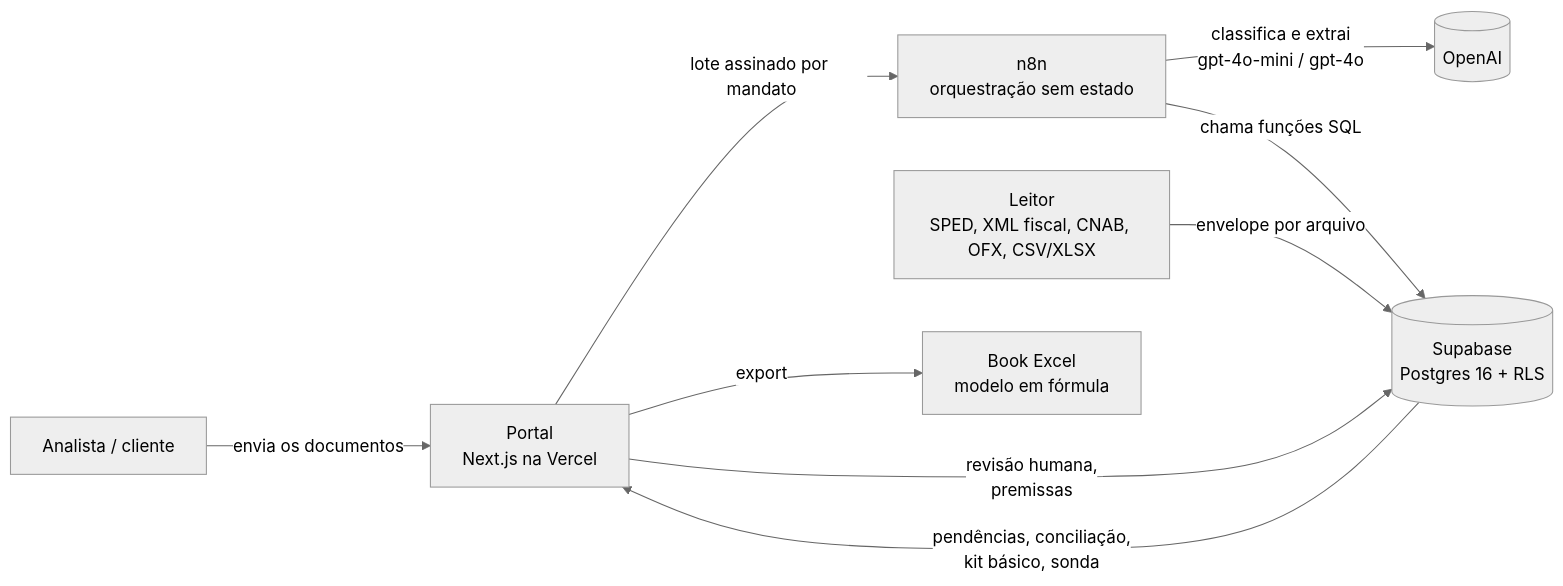
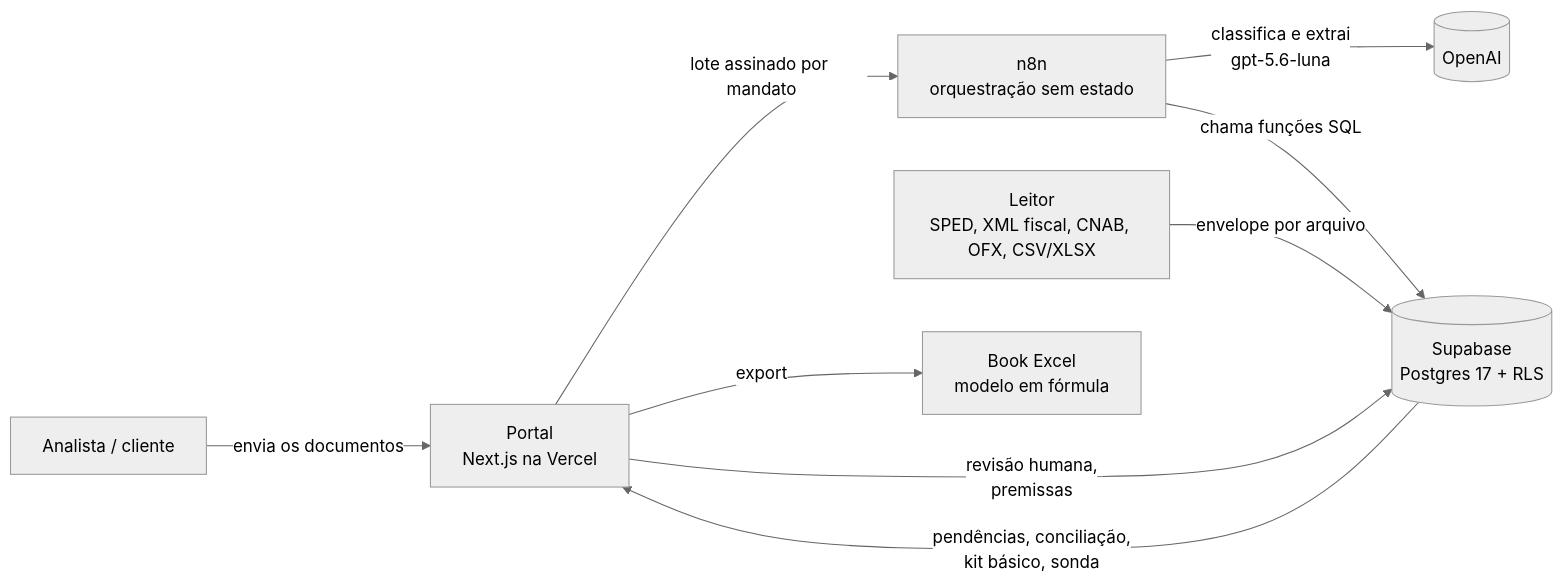
Before and after one commit to rodrigovaroto-wq/Oria-Digital: the diagram in README.md, drawn with Mermaid (neutral theme). The commit also changed other lines of this file and 3 other files, not shown here.

````diff
--- a/README.md
+++ b/README.md
@@ -18,11 +18,11 @@
 ```mermaid
 flowchart LR
     A[Analista / cliente] -->|envia os documentos| P[Portal<br/>Next.js na Vercel]
     P -->|lote assinado por mandato| N[n8n<br/>orquestração sem estado]
-    N -->|classifica e extrai<br/>gpt-4o-mini / gpt-4o| IA[(OpenAI)]
-    N -->|chama funções SQL| DB[(Supabase<br/>Postgres 16 + RLS)]
+    N -->|classifica e extrai<br/>gpt-5.6-luna| IA[(OpenAI)]
+    N -->|chama funções SQL| DB[(Supabase<br/>Postgres 17 + RLS)]
     L[Leitor<br/>SPED, XML fiscal, CNAB, OFX, CSV/XLSX] -->|envelope por arquivo| DB
     DB -->|pendências, conciliação,<br/>kit básico, sonda| P
     P -->|revisão humana,<br/>premissas| DB
     P -->|export| X[Book Excel<br/>modelo em fórmula]
 ```
````
